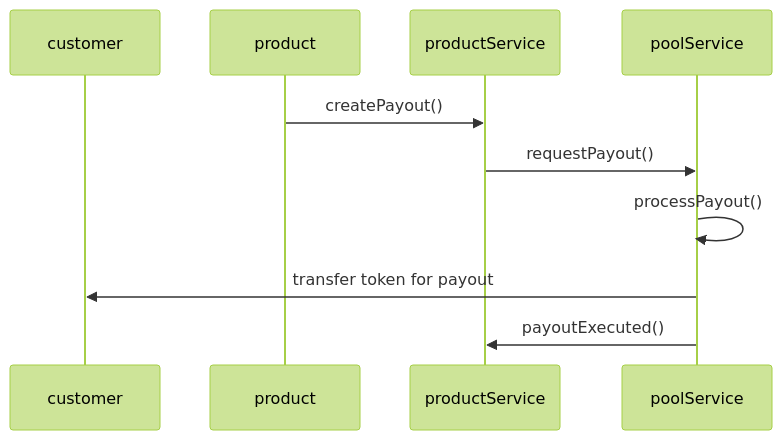
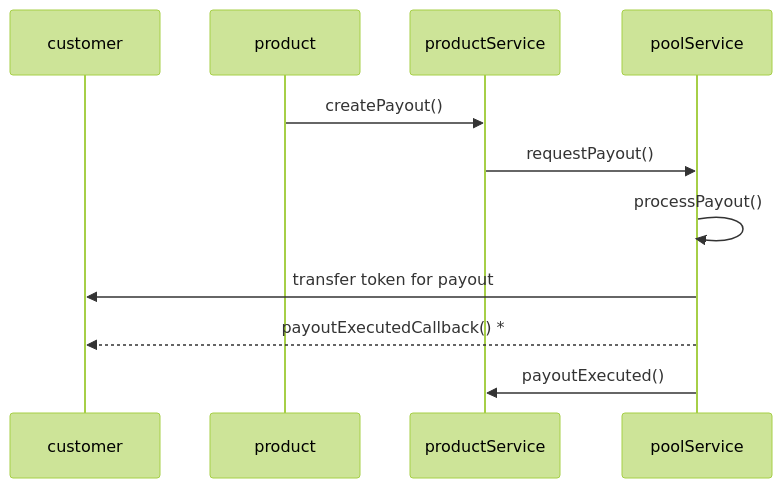
One commit to etherisc/gif-next changed the second of 3 diagrams in README.md. Above: the diagram before and after it, drawn with Mermaid (forest theme). The commit also changed other lines of this file and 1 other file, not shown here.

Commit message:
refine payout handling sequence diagrams in readme

````diff
--- a/README.md
+++ b/README.md
@@ -415,12 +415,13 @@
 ```mermaid
 sequenceDiagram
   participant customer
   participant product
   participant productService
   participant poolService
   product->>productService: createPayout()
   productService ->> poolService: requestPayout()
   poolService ->> poolService: processPayout()
   poolService ->> customer: transfer token for payout
+  poolService -->> customer: payoutExecutedCallback() *
   poolService ->> productService: payoutExecuted()
 ```
````
